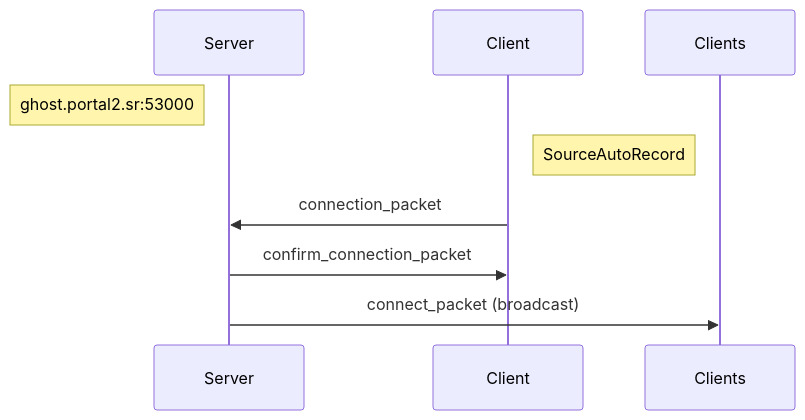
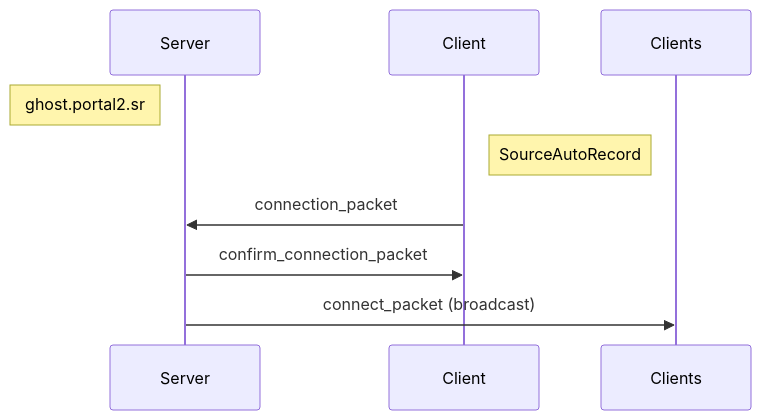
The first of 5 diagrams in README.md (NeKzor/ghosting), drawn with Mermaid before and after one commit. The commit also changed other lines of this file and 5 other files, not shown here.

````diff
--- a/README.md
+++ b/README.md
@@ -76,13 +78,13 @@
 ```mermaid
 sequenceDiagram
     participant Server
-    Note left of Server: ghost.portal2.sr:53000
+    Note left of Server: ghost.portal2.sr
     participant Client
     Note right of Client: SourceAutoRecord
     participant Clients
 
     Client->>Server: connection_packet
 
     Server->>Client: confirm_connection_packet
     Server->>Clients: connect_packet (broadcast)
 ```
````
